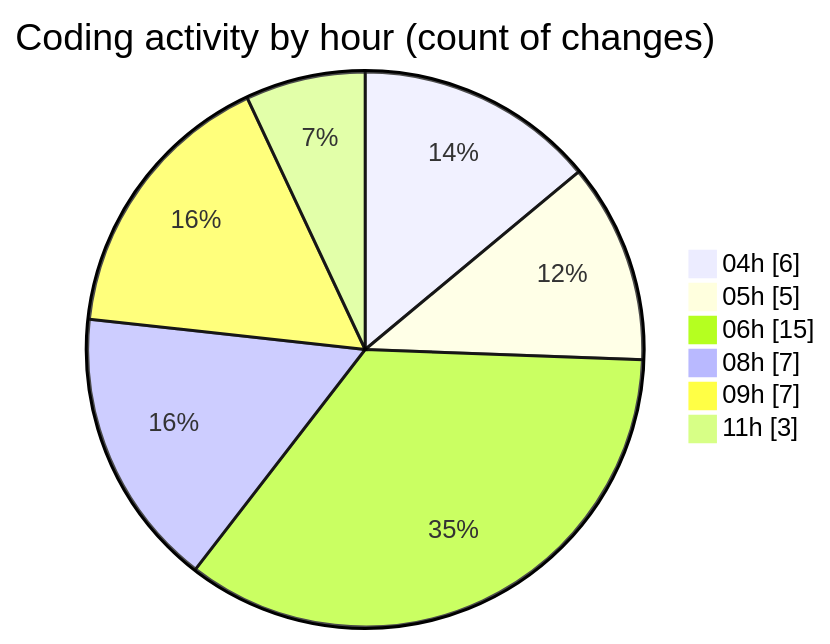
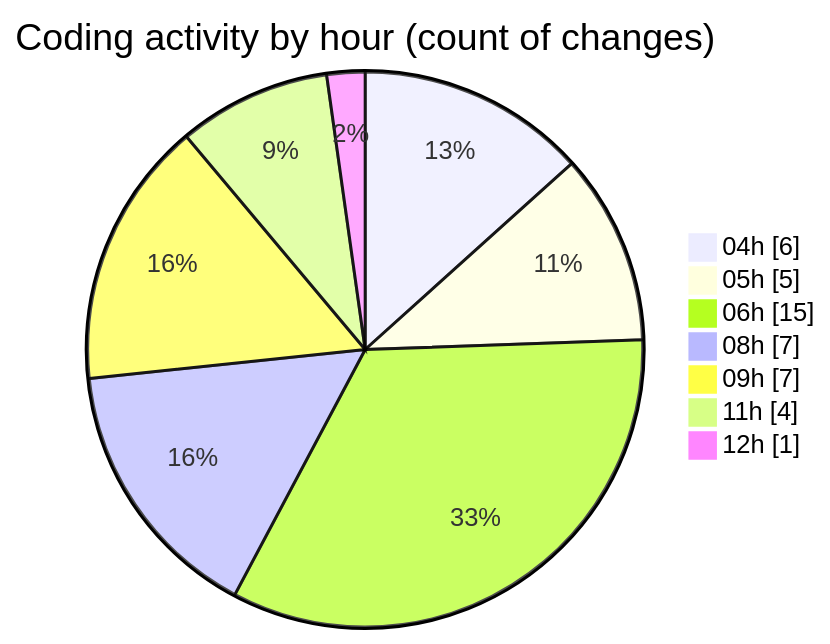
One commit to vahidmafi/code-tracking changed the second of 2 diagrams in 2025-03-23/zeytoon/README.md. Above: the diagram before and after it, drawn with Mermaid. The commit also changed other lines of this file and 1 other file, not shown here.

````diff
--- a/2025-03-23/zeytoon/README.md
+++ b/2025-03-23/zeytoon/README.md
@@ -38,10 +39,11 @@
 ```mermaid
 pie showData
 title Coding activity by hour (count of changes)
 "04h" : 6
 "05h" : 5
 "06h" : 15
 "08h" : 7
 "09h" : 7
-"11h" : 3
+"11h" : 4
+"12h" : 1
 ```
````
